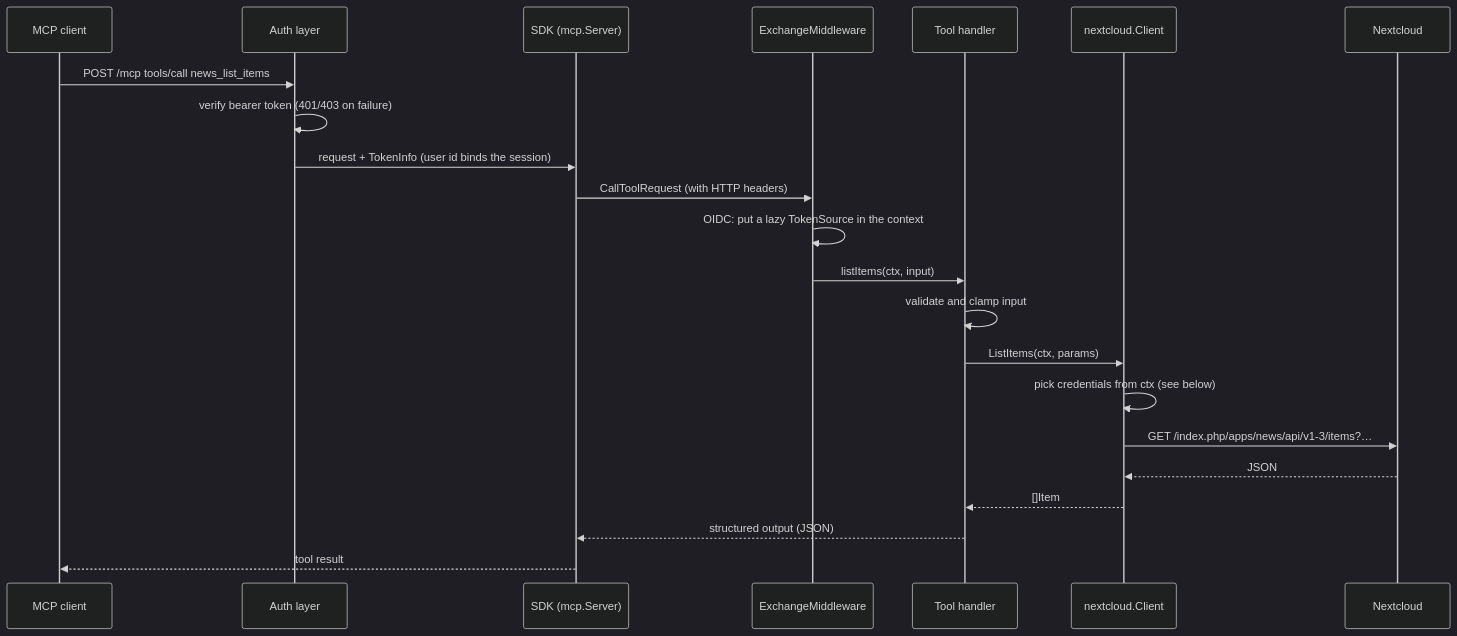
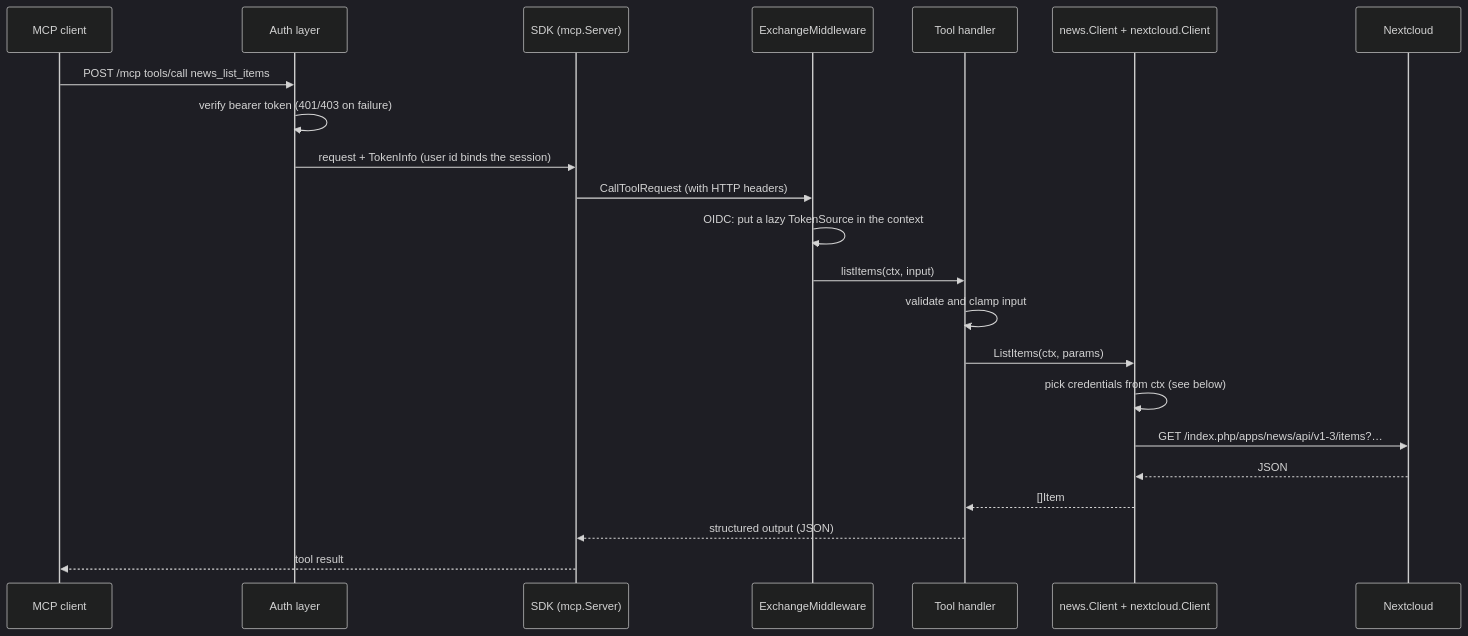
The second of 3 diagrams in docs/architecture.md (mrdev023/mcp-nextcloud), drawn with Mermaid (dark theme) before and after one commit. The commit also changed other lines of this file and 23 other files, not shown here.

First line of the commit message:
refactor: Split Nextcloud client and tools into core and News module

````diff
--- a/docs/architecture.md
+++ b/docs/architecture.md
@@ -52,25 +54,25 @@
 ```mermaid
 sequenceDiagram
     participant C as MCP client
     participant A as Auth layer
     participant S as SDK (mcp.Server)
     participant X as ExchangeMiddleware
     participant T as Tool handler
-    participant N as nextcloud.Client
+    participant N as news.Client + nextcloud.Client
     participant NC as Nextcloud
 
     C->>A: POST /mcp tools/call news_list_items
     A->>A: verify bearer token (401/403 on failure)
     A->>S: request + TokenInfo (user id binds the session)
     S->>X: CallToolRequest (with HTTP headers)
     X->>X: OIDC: put a lazy TokenSource in the context
     X->>T: listItems(ctx, input)
     T->>T: validate and clamp input
     T->>N: ListItems(ctx, params)
     N->>N: pick credentials from ctx (see below)
     N->>NC: GET /index.php/apps/news/api/v1-3/items?…
     NC-->>N: JSON
     N-->>T: []Item
     T-->>S: structured output (JSON)
     S-->>C: tool result
 ```
````
